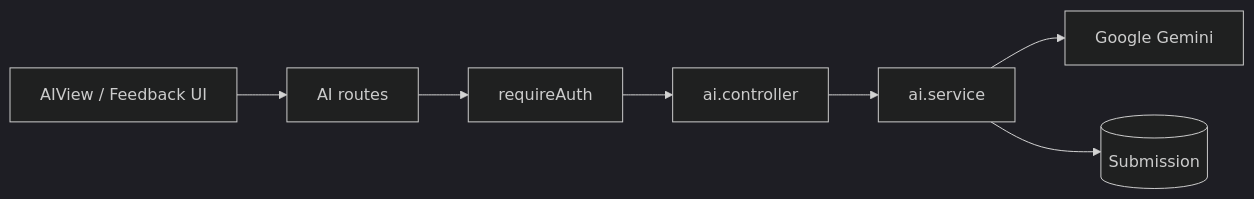
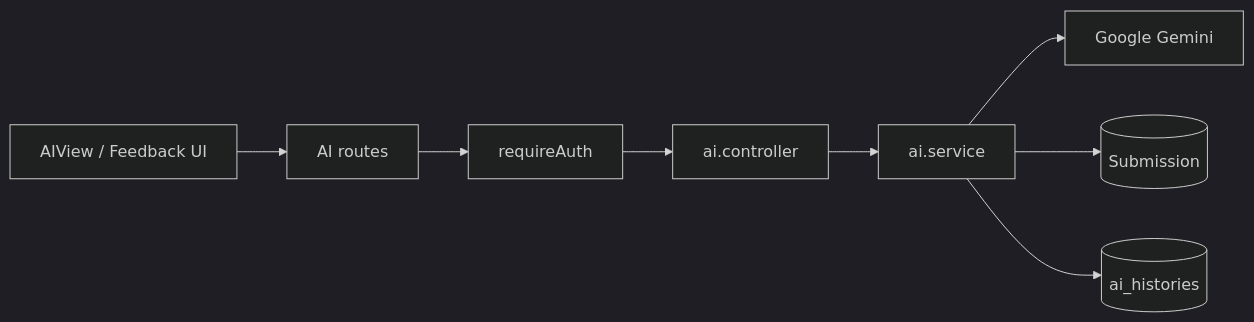
Before and after one commit to JamesHarrision/fessior-oj-backend: diagram 12 of 14 in docs/feature-flows.md, drawn with Mermaid (dark theme). The commit also changed other lines of this file and 3 other files, not shown here.

Commit message:
docs: update architecture and flow documentation

````diff
--- a/docs/feature-flows.md
+++ b/docs/feature-flows.md
@@ -364,9 +366,10 @@
 ```mermaid
 flowchart LR
   FE[AIView / Feedback UI] --> API[AI routes]
   API --> Auth[requireAuth]
   Auth --> Controller[ai.controller]
   Controller --> Service[ai.service]
   Service --> Gemini[Google Gemini]
   Service --> Mongo[(Submission)]
+  Service --> MySQL[(ai_histories)]
 ```
````
